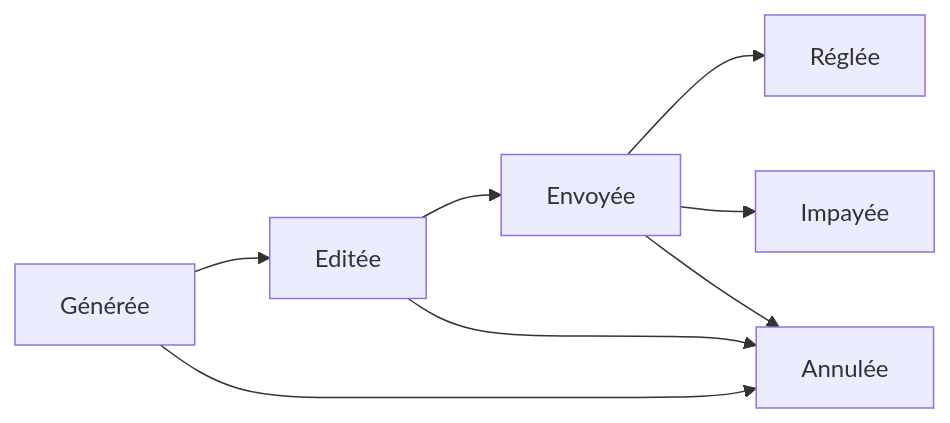
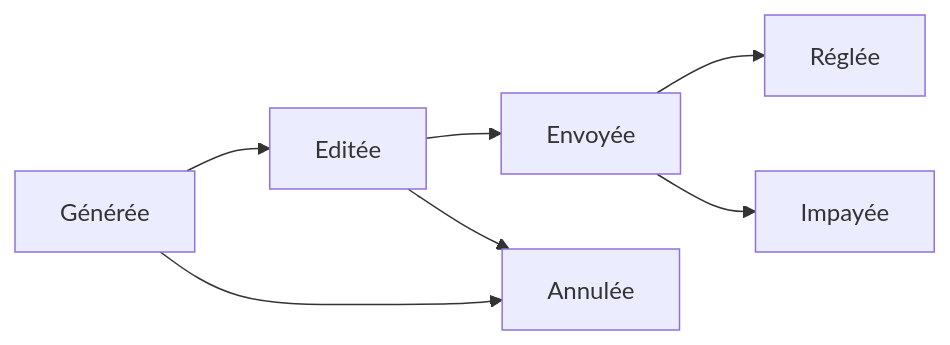
Before and after one commit to studoo-app/symfony-workflow-invoice: the diagram in README.md, drawn with Mermaid.

Commit message:
Update workflow in Readme

````diff
--- a/README.md
+++ b/README.md
@@ -10,11 +10,10 @@
 ```mermaid
     graph LR
         A["Générée"]-->B["Editée"]
         B["Editée"]-->C["Envoyée"];
         C["Envoyée"]-->D["Réglée"];
         A["Générée"]-->E["Annulée"];
         B["Editée"]-->E["Annulée"];
-        C["Envoyée"]-->E["Annulée"];
         C["Envoyée"]-->F["Impayée"];
         
 ```
````
